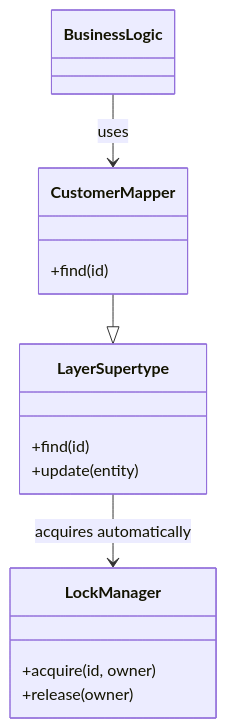
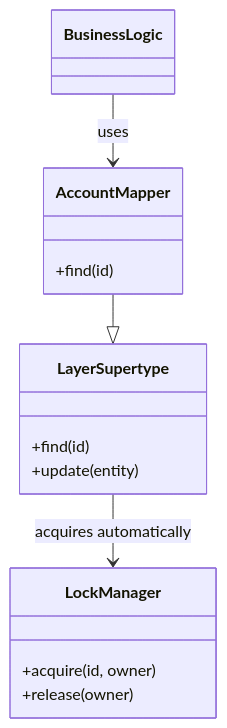
One commit to alancesar/design-patterns changed the diagram in i18n/en/docusaurus-plugin-content-docs/current/design/poeaa/offline-concurrency/implicit-lock.md. Above: the diagram before and after it, drawn with Mermaid. The commit also changed other lines of this file and 95 other files, not shown here.

First line of the commit message:
Switch PoEAA examples and diagrams to fintech scenarios

````diff
--- a/i18n/en/docusaurus-plugin-content-docs/current/design/poeaa/offline-concurrency/implicit-lock.md
+++ b/i18n/en/docusaurus-plugin-content-docs/current/design/poeaa/offline-concurrency/implicit-lock.md
@@ -55,18 +55,18 @@
 ```mermaid
 classDiagram
     class BusinessLogic
     class LayerSupertype {
         +find(id)
         +update(entity)
     }
     class LockManager {
         +acquire(id, owner)
         +release(owner)
     }
-    class CustomerMapper {
+    class AccountMapper {
         +find(id)
     }
-    BusinessLogic --> CustomerMapper : uses
-    CustomerMapper --|> LayerSupertype
+    BusinessLogic --> AccountMapper : uses
+    AccountMapper --|> LayerSupertype
     LayerSupertype --> LockManager : acquires automatically
 ```
````
